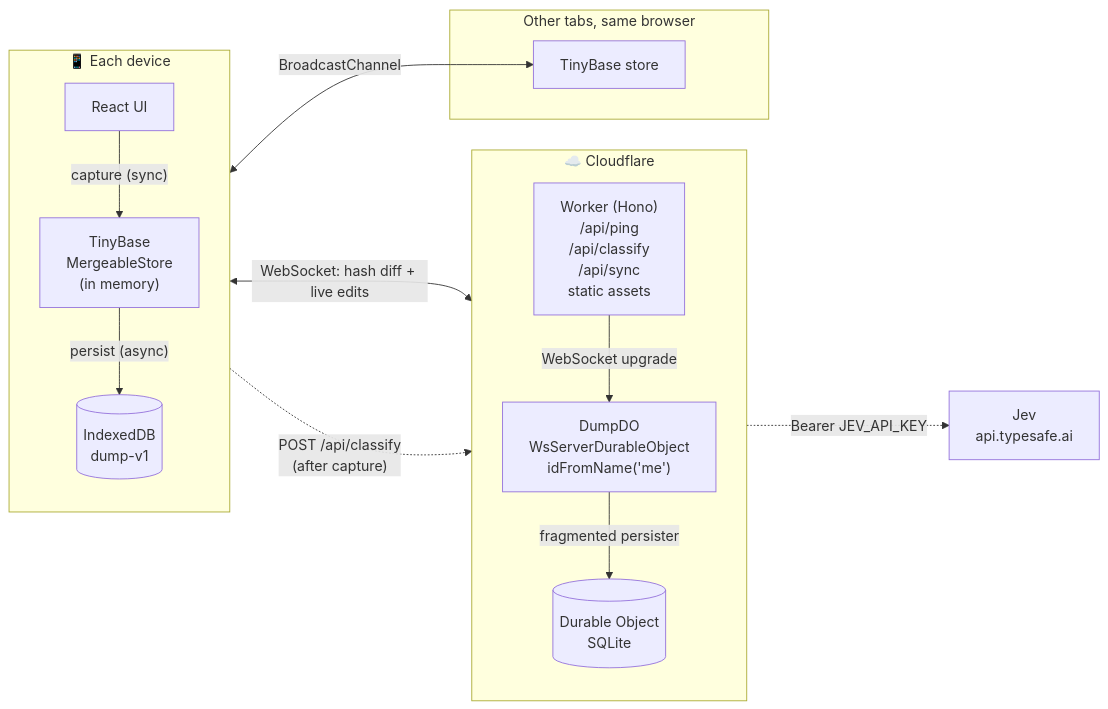
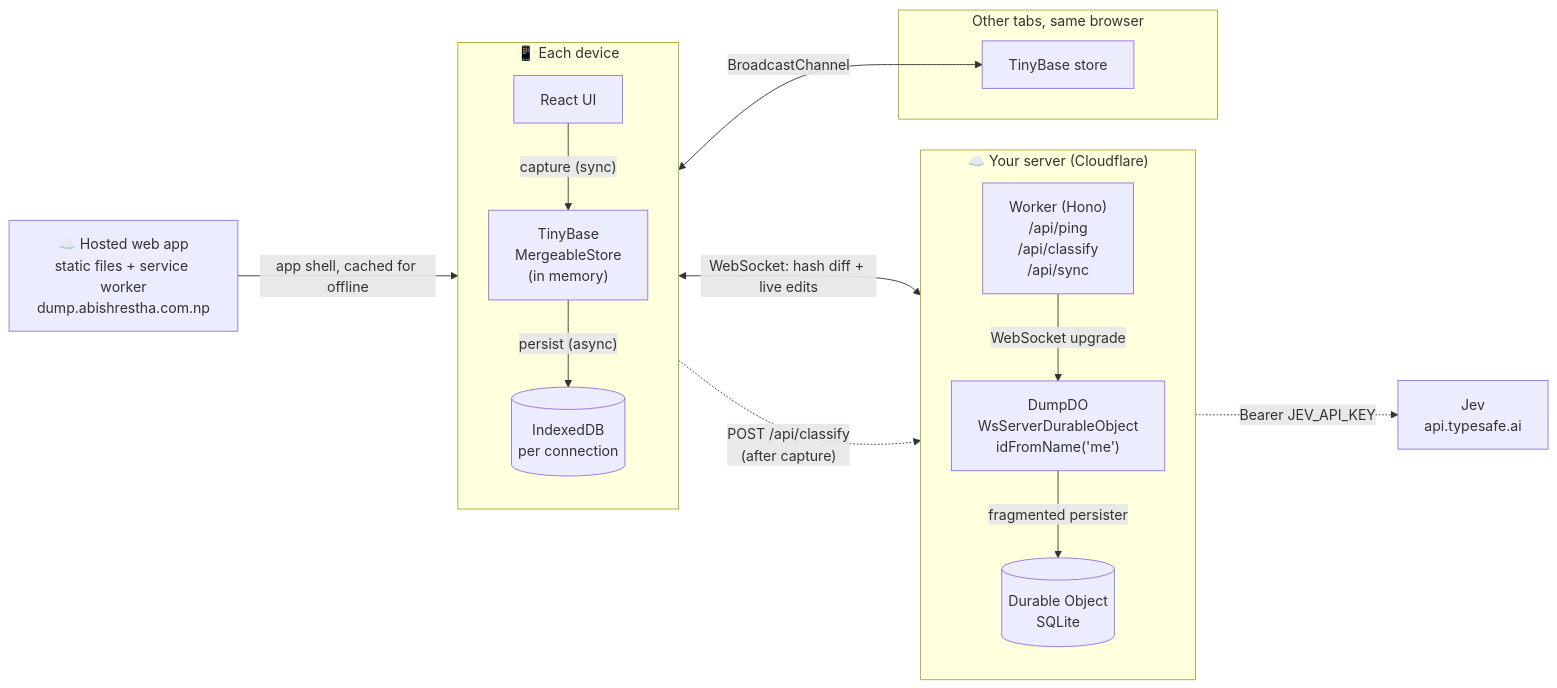
The first of 4 diagrams in README.md (scifisatan/dump), drawn with Mermaid before and after one commit. The commit also changed other lines of this file and 41 other files, not shown here.

First line of the commit message:
Split into an API server and a static web client, private by owner key

````diff
--- a/README.md
+++ b/README.md
@@ -59,31 +106,34 @@
 ```mermaid
 flowchart LR
     subgraph Device["📱 Each device"]
         direction TB
         UI["React UI"]
         Mem["TinyBase<br/>MergeableStore<br/>(in memory)"]
-        IDB[("IndexedDB<br/>dump-v1")]
+        IDB[("IndexedDB<br/>per connection")]
         UI -- "capture (sync)" --> Mem
         Mem -- "persist (async)" --> IDB
     end
 
     subgraph Tabs["Other tabs, same browser"]
         Tab2["TinyBase store"]
     end
 
-    subgraph CF["☁️ Cloudflare"]
+    Static["☁️ Hosted web app<br/>static files + service worker<br/>dump.abishrestha.com.np"]
+
+    subgraph CF["☁️ Your server (Cloudflare)"]
         direction TB
-        Worker["Worker (Hono)<br/>/api/ping<br/>/api/classify<br/>/api/sync<br/>static assets"]
+        Worker["Worker (Hono)<br/>/api/ping<br/>/api/classify<br/>/api/sync"]
         DO["DumpDO<br/>WsServerDurableObject<br/>idFromName('me')"]
         SQL[("Durable Object<br/>SQLite")]
         Worker -- "WebSocket upgrade" --> DO
         DO -- "fragmented persister" --> SQL
     end
 
     Jev["Jev<br/>api.typesafe.ai"]
 
+    Static -- "app shell, cached for offline" --> UI
     Mem <-- "BroadcastChannel" --> Tab2
     Mem <-- "WebSocket: hash diff + live edits" --> Worker
     UI -. "POST /api/classify<br/>(after capture)" .-> Worker
     Worker -. "Bearer JEV_API_KEY" .-> Jev
 ```
````
